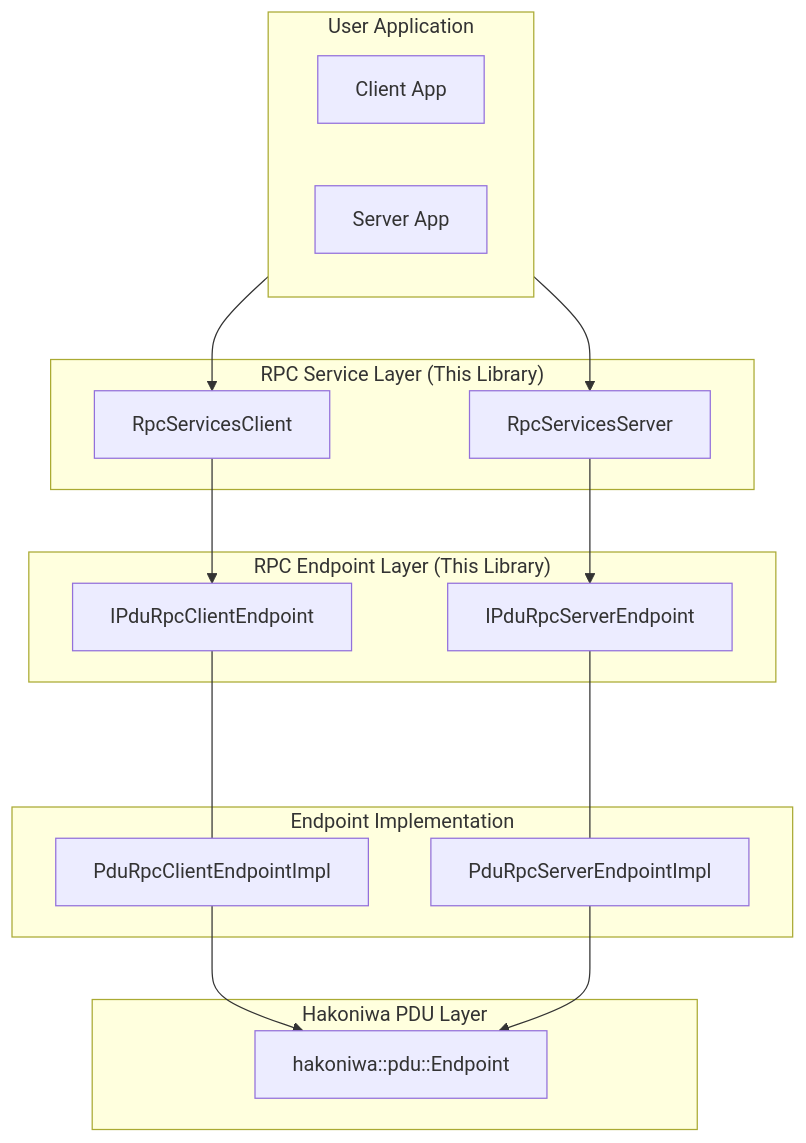
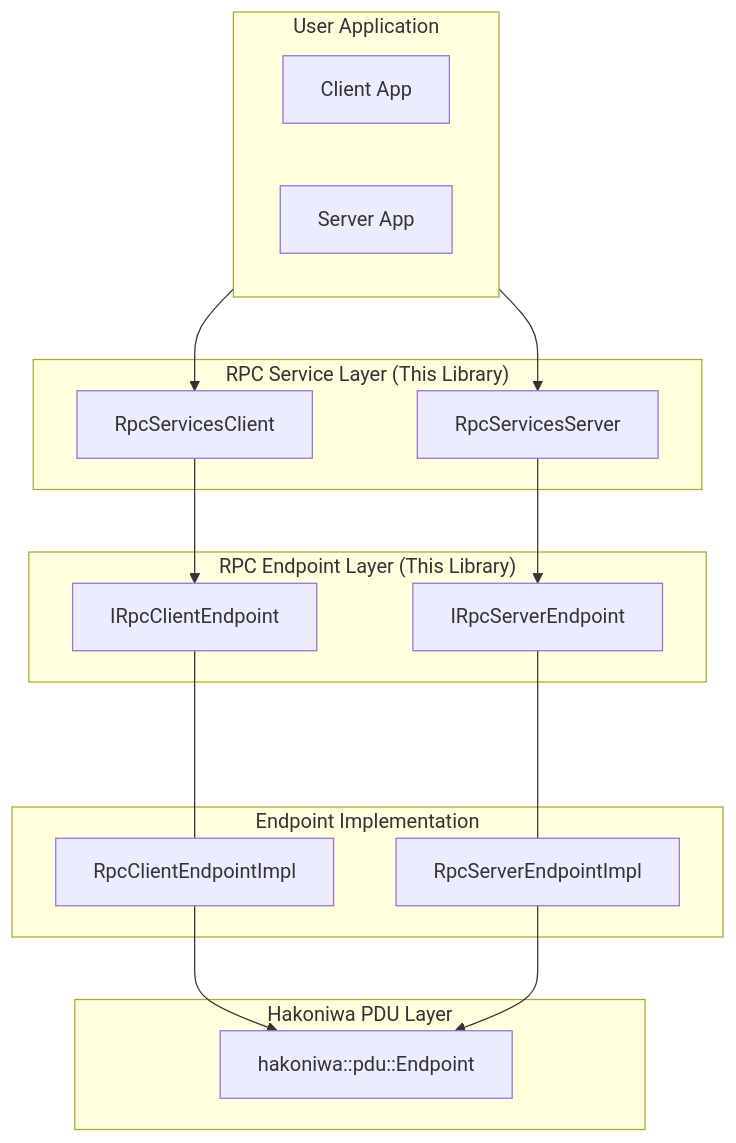
Before and after one commit to hakoniwalab/hakoniwa-pdu-rpc: the diagram in README.md, drawn with Mermaid. The commit also changed other lines of this file, not shown here.

````diff
--- a/README.md
+++ b/README.md
@@ -39,44 +222,39 @@
 ```mermaid
 flowchart TB
-    %% =========================
-    %% Hakoniwa PDU-RPC Architecture (Simplified)
-    %% =========================
-
     subgraph UserApplication["User Application"]
         direction LR
         AppClient["Client App"]
         AppServer["Server App"]
     end
 
     subgraph RpcServiceLayer["RPC Service Layer (This Library)"]
         RpcServicesClient["RpcServicesClient"]
         RpcServicesServer["RpcServicesServer"]
     end
 
     subgraph RpcEndpointLayer["RPC Endpoint Layer (This Library)"]
-        PduRpcClientEndpoint["IPduRpcClientEndpoint"]
-        PduRpcServerEndpoint["IPduRpcServerEndpoint"]
+        RpcClientEndpoint["IRpcClientEndpoint"]
+        RpcServerEndpoint["IRpcServerEndpoint"]
     end
     
     subgraph EndpointImplLayer["Endpoint Implementation"]
-        PduRpcClientEndpointImpl["PduRpcClientEndpointImpl"]
-        PduRpcServerEndpointImpl["PduRpcServerEndpointImpl"]
+        RpcClientEndpointImpl["RpcClientEndpointImpl"]
+        RpcServerEndpointImpl["RpcServerEndpointImpl"]
     end
 
     subgraph PduLayer["Hakoniwa PDU Layer"]
         PduEndpoint["hakoniwa::pdu::Endpoint"]
     end
 
-    %% Connections
     AppClient --> RpcServicesClient
     AppServer --> RpcServicesServer
 
-    RpcServicesClient --> PduRpcClientEndpoint
-    RpcServicesServer --> PduRpcServerEndpoint
+    RpcServicesClient --> RpcClientEndpoint
+    RpcServicesServer --> RpcServerEndpoint
     
-    PduRpcClientEndpoint <--- PduRpcClientEndpointImpl
-    PduRpcServerEndpoint <--- PduRpcServerEndpointImpl
+    RpcClientEndpoint <--- RpcClientEndpointImpl
+    RpcServerEndpoint <--- RpcServerEndpointImpl
 
-    PduRpcClientEndpointImpl --> PduEndpoint
-    PduRpcServerEndpointImpl --> PduEndpoint
+    RpcClientEndpointImpl --> PduEndpoint
+    RpcServerEndpointImpl --> PduEndpoint
 ```
````
